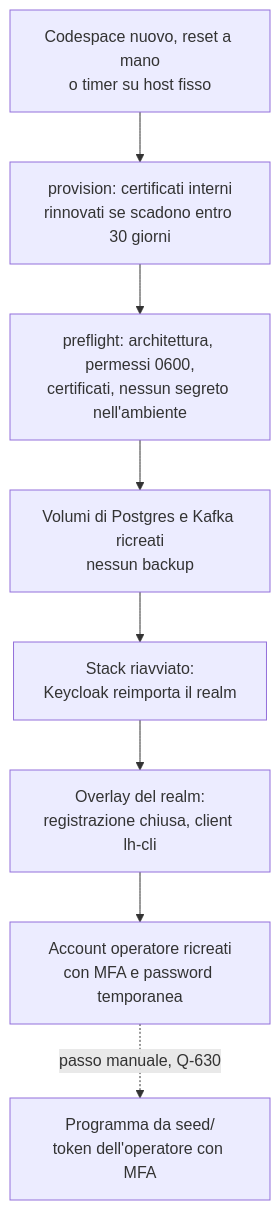
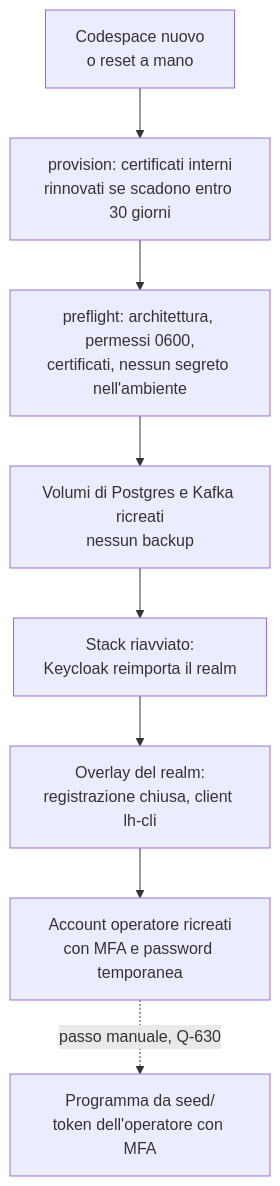
One commit to peppe-ruv/Loyalty_Sys changed the fifth of 8 diagrams in concetti/vetrina-enterprise.mdx. Above: the diagram before and after it, drawn with Mermaid. The commit also changed other lines of this file and 5 other files, not shown here.

````diff
--- a/concetti/vetrina-enterprise.mdx
+++ b/concetti/vetrina-enterprise.mdx
@@ -184,12 +184,12 @@
 ```mermaid
 flowchart TD
   accTitle: Azzeramento della vetrina enterprise
-  accDescr: A ogni azzeramento, cioè un codespace nuovo, il comando a mano o il timer settimanale su un host fisso, lo script rinnova i certificati interni in scadenza, ripete i controlli, ricrea i volumi di Postgres e Kafka, riavvia lo stack con il realm reimportato, applica l'overlay del realm e ricrea gli account operatore. La configurazione del programma la riapplica poi un operatore con il Device Authorization Grant e la MFA.
-  T[Codespace nuovo, reset a mano<br/>o timer su host fisso] --> P[provision: certificati interni<br/>rinnovati se scadono entro 30 giorni]
+  accDescr: A ogni azzeramento, cioè un codespace nuovo o il comando a mano, lo script rinnova i certificati interni in scadenza, ripete i controlli, ricrea i volumi di Postgres e Kafka, riavvia lo stack con il realm reimportato, applica l'overlay del realm e ricrea gli account operatore. La configurazione del programma la riapplica poi un operatore con il Device Authorization Grant e la MFA.
+  T[Codespace nuovo<br/>o reset a mano] --> P[provision: certificati interni<br/>rinnovati se scadono entro 30 giorni]
   P --> C[preflight: architettura, permessi 0600,<br/>certificati, nessun segreto nell'ambiente]
   C --> D[Volumi di Postgres e Kafka ricreati<br/>nessun backup]
   D --> U[Stack riavviato:<br/>Keycloak reimporta il realm]
   U --> O[Overlay del realm:<br/>registrazione chiusa, client lh-cli]
   O --> A[Account operatore ricreati<br/>con MFA e password temporanea]
   A -.->|passo manuale, Q-630| G[Programma da seed/<br/>token dell'operatore con MFA]
 ```
````
